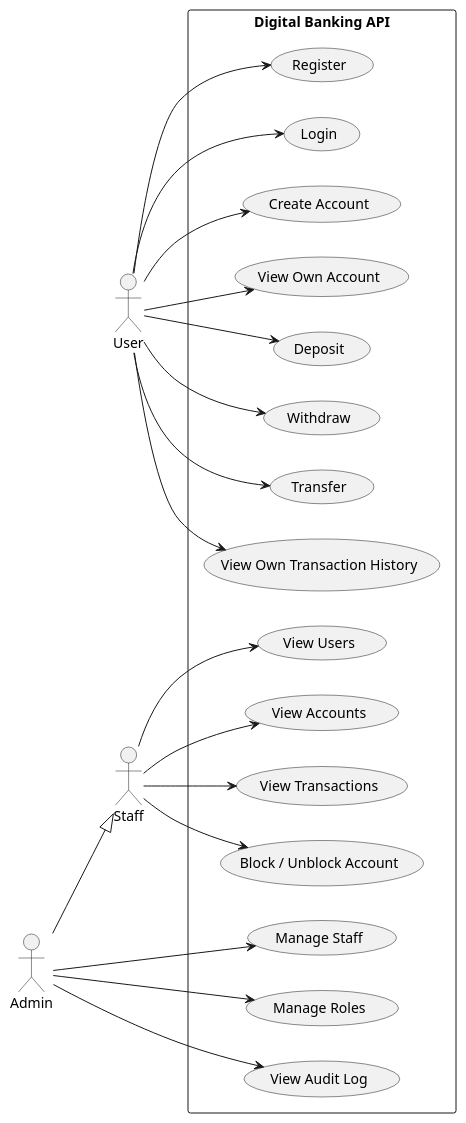
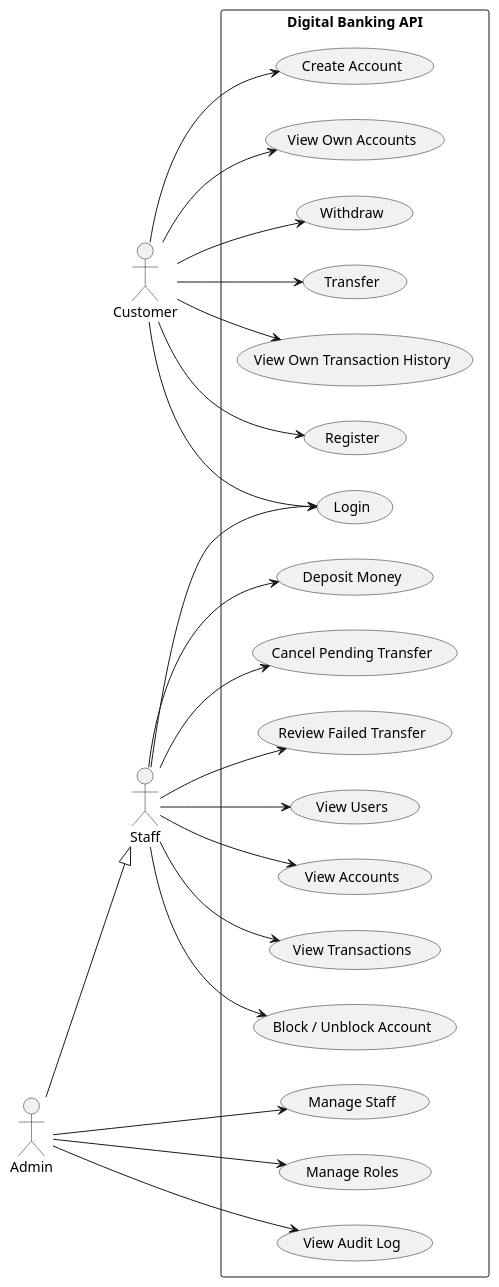
Before and after one commit to Dare2510/Digital-Banking-API: the diagram in docs/use-cases/use-case.puml, drawn with PlantUML. The commit also changed 1 other file, not shown here.

Commit message:
created class-diagram.puml and updated use-case.puml

```diff
--- a/docs/use-cases/use-case.puml
+++ b/docs/use-cases/use-case.puml
@@ -1,50 +1,56 @@
 @startuml
 left to right direction
 
-actor "User" as user
+actor "Customer" as customer
 actor "Staff" as staff
 actor "Admin" as admin
 
 admin --|> staff
 
 rectangle "Digital Banking API"{
 
     usecase "Register" as UC1
     usecase "Login" as UC2
     usecase "Create Account" as UC3
-    usecase "View Own Account" as UC4
-    usecase "Deposit" as UC5
-    usecase "Withdraw" as UC6
-    usecase "Transfer" as UC7
-    usecase "View Own Transaction History" as UC8
+    usecase "View Own Accounts" as UC4
+    usecase "Withdraw" as UC5
+    usecase "Transfer" as UC6
+    usecase "View Own Transaction History" as UC7
 
-    usecase "View Users" as UC9
-    usecase "View Accounts" as UC10
-    usecase "View Transactions" as UC11
-    usecase "Block / Unblock Account" as UC12
+    usecase "View Users" as UC8
+    usecase "View Accounts" as UC9
+    usecase "View Transactions" as UC10
+    usecase "Block / Unblock Account" as UC11
+    usecase "Deposit Money" as UC12
+    usecase "Cancel Pending Transfer" as UC13
+    usecase "Review Failed Transfer" as UC14
 
-    usecase "Manage Staff" as UC13
-    usecase "Manage Roles" as UC14
-    usecase "View Audit Log" as UC15
+
+    usecase "Manage Staff" as UC15
+    usecase "Manage Roles" as UC16
+    usecase "View Audit Log" as UC17
 
 }
 
-user --> UC1
-user --> UC2
-user --> UC3
-user --> UC4
-user --> UC5
-user --> UC6
-user --> UC7
-user --> UC8
+customer --> UC1
+customer --> UC2
+customer --> UC3
+customer --> UC4
+customer --> UC5
+customer --> UC6
+customer --> UC7
 
+staff --> UC2
+staff --> UC8
 staff --> UC9
 staff --> UC10
 staff --> UC11
 staff --> UC12
+staff --> UC13
+staff --> UC14
 
-admin --> UC13
-admin --> UC14
 admin --> UC15
+admin --> UC16
+admin --> UC17
 
 @enduml
```
